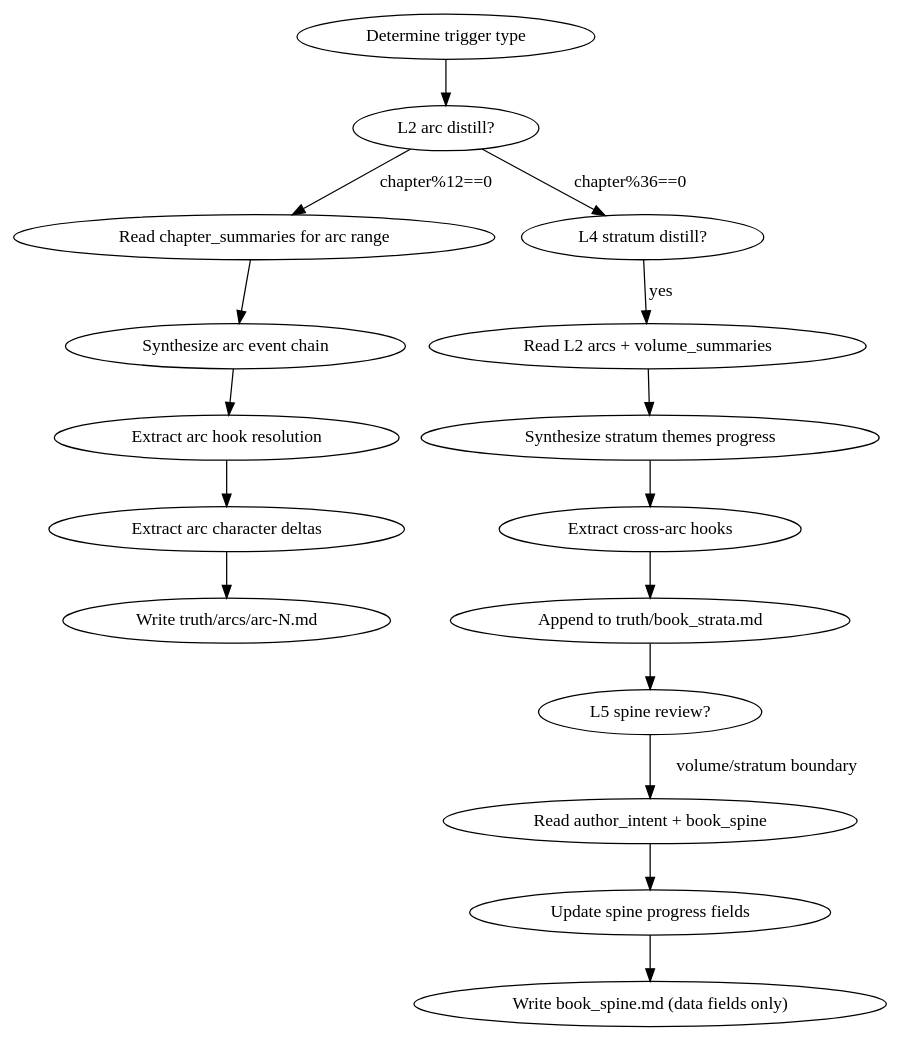
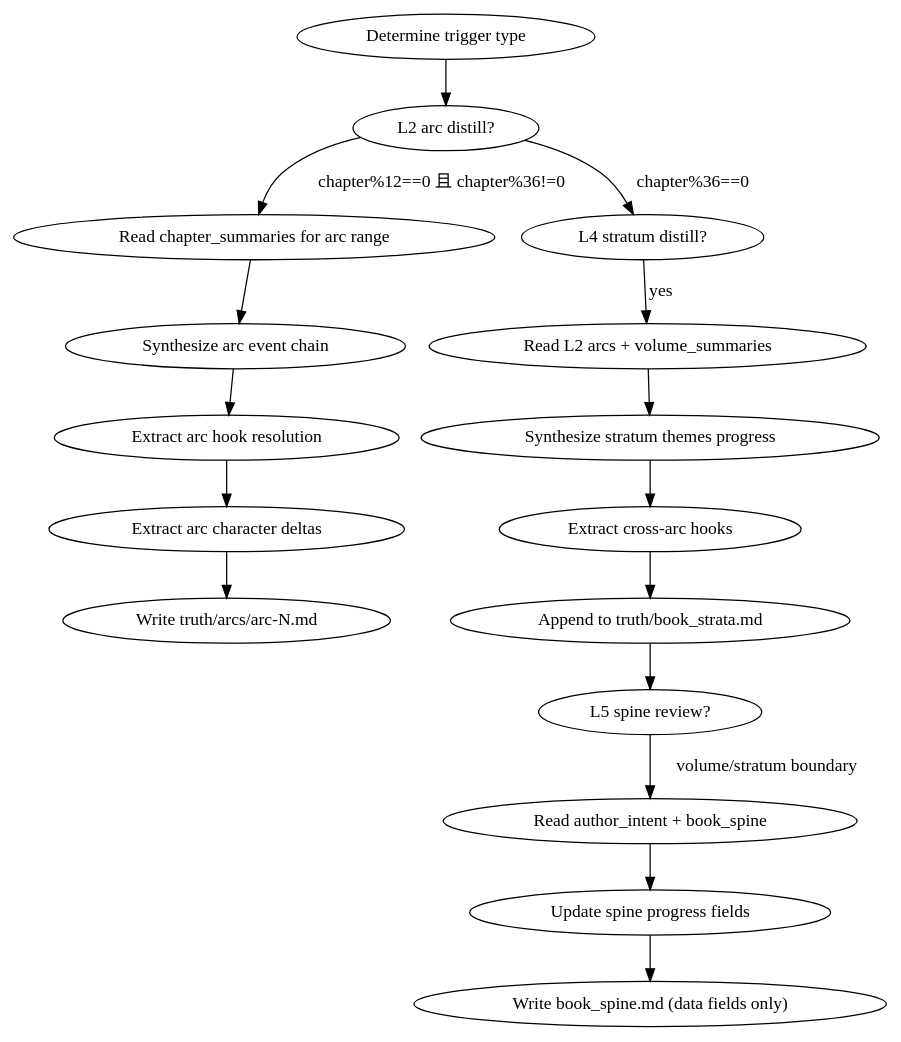
One commit to ThomasChangX/shenbi changed the diagram in skills/shenbi-memory-distill/SKILL.md. Above: the diagram before and after it, drawn with Graphviz. The commit also changed other lines of this file and 72 other files, not shown here.

````diff
--- a/skills/shenbi-memory-distill/SKILL.md
+++ b/skills/shenbi-memory-distill/SKILL.md
@@ -67,19 +67,19 @@
 ```dot
 digraph memory_distill {
     "Determine trigger type" -> "L2 arc distill?";
-    "L2 arc distill?" -> "Read chapter_summaries for arc range" [label="chapter%12==0"];
+    "L2 arc distill?" -> "Read chapter_summaries for arc range" [label="chapter%12==0 且 chapter%36!=0"];
     "L2 arc distill?" -> "L4 stratum distill?" [label="chapter%36==0"];
     "Read chapter_summaries for arc range" -> "Synthesize arc event chain";
     "Synthesize arc event chain" -> "Extract arc hook resolution";
     "Extract arc hook resolution" -> "Extract arc character deltas";
     "Extract arc character deltas" -> "Write truth/arcs/arc-N.md";
     "L4 stratum distill?" -> "Read L2 arcs + volume_summaries" [label="yes"];
     "Read L2 arcs + volume_summaries" -> "Synthesize stratum themes progress";
     "Synthesize stratum themes progress" -> "Extract cross-arc hooks";
     "Extract cross-arc hooks" -> "Append to truth/book_strata.md";
     "Append to truth/book_strata.md" -> "L5 spine review?";
     "L5 spine review?" -> "Read author_intent + book_spine" [label="volume/stratum boundary"];
     "Read author_intent + book_spine" -> "Update spine progress fields";
     "Update spine progress fields" -> "Write book_spine.md (data fields only)";
 }
 ```
````
